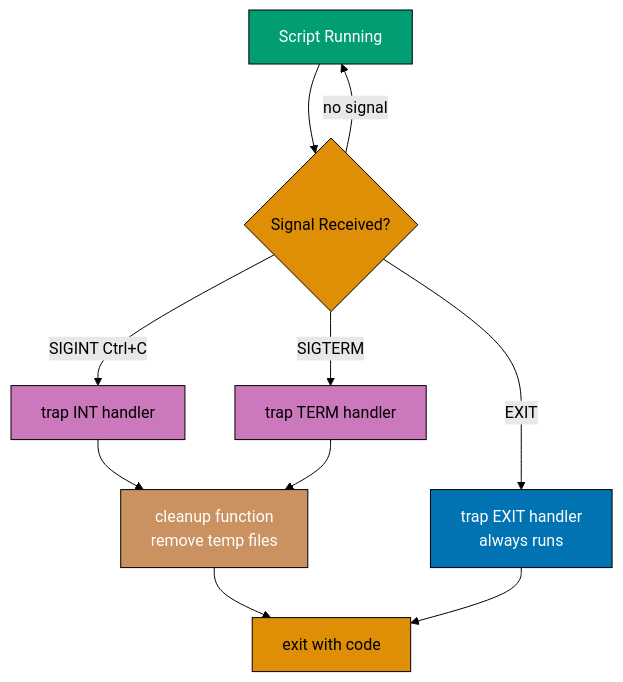
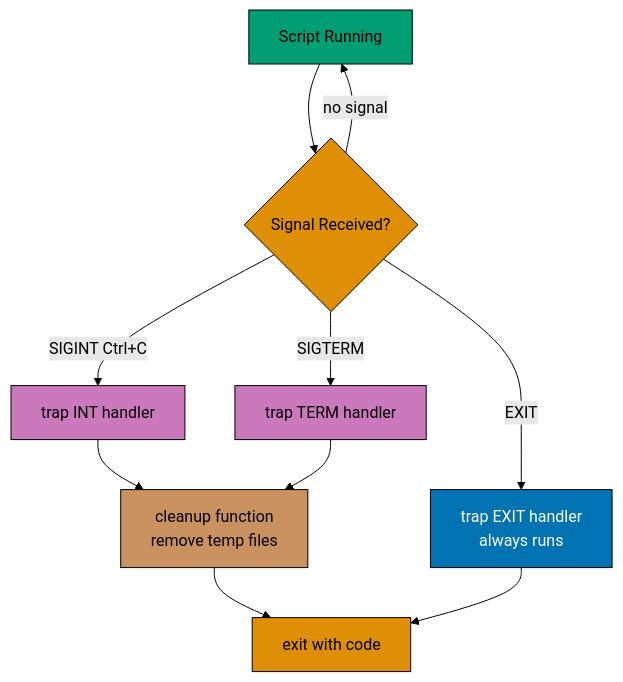
One commit to wahidyankf/ose-public changed the first of 4 diagrams in apps/ayokoding-www/content/en/learn/legacy/software-engineering/platforms/linux/tools/shell/by-example/advanced.md. Above: the diagram before and after it, drawn with Mermaid (forest theme). The commit also changed other lines of this file and 130 other files, not shown here.

First line of the commit message:
fix(mermaid): bring the legacy platforms diagrams onto the accessible palette

````diff
--- a/apps/ayokoding-www/content/en/learn/legacy/software-engineering/platforms/linux/tools/shell/by-example/advanced.md
+++ b/apps/ayokoding-www/content/en/learn/legacy/software-engineering/platforms/linux/tools/shell/by-example/advanced.md
@@ -79,21 +79,29 @@
 ```mermaid
 %% Color Palette: Blue #0173B2, Orange #DE8F05, Teal #029E73, Purple #CC78BC, Brown #CA9161
 graph TD
+    accTitle: Diagram
+    accDescr: Graph with 7 nodes and 9 connections. Nodes: Script Running, Signal Received?, trap INT handler, trap TERM handler, trap EXIT handler always runs, cleanup function remove temp files, exit with code. Connections: Script Running to Signal Received?, Signal Received? to trap INT handler (SIGINT Ctrl+C), Signal Received? to trap TERM handler (SIGTERM), Signal Received? to trap EXIT handler always runs (EXIT), trap INT handler to cleanup function remove temp files, trap TERM handler to cleanup function remove temp files, cleanup function remove temp files to exit with code, trap EXIT handler always runs to exit with code, Signal Received? to Script Running (no signal).
     A[Script Running] --> B{Signal Received?}
     B -->|SIGINT Ctrl+C| C[trap INT handler]
     B -->|SIGTERM| D[trap TERM handler]
     B -->|EXIT| E[trap EXIT handler<br/>always runs]
     C --> F[cleanup function<br/>remove temp files]
     D --> F
     F --> G[exit with code]
     E --> G
     B -->|no signal| A
 
-    style A fill:#029E73,stroke:#000,color:#fff
-    style B fill:#DE8F05,stroke:#000,color:#000
-    style C fill:#CC78BC,stroke:#000,color:#000
-    style D fill:#CC78BC,stroke:#000,color:#000
-    style E fill:#0173B2,stroke:#000,color:#fff
-    style F fill:#CA9161,stroke:#000,color:#fff
-    style G fill:#DE8F05,stroke:#000,color:#000
+    classDef pal-029E73 fill:#029E73,stroke:#000000,color:#000000
+    class A pal-029E73
+    classDef pal-DE8F05 fill:#DE8F05,stroke:#000000,color:#000000
+    class B pal-DE8F05
+    classDef pal-CC78BC fill:#CC78BC,stroke:#000000,color:#000000
+    class C pal-CC78BC
+    class D pal-CC78BC
+    classDef pal-0173B2 fill:#0173B2,stroke:#000000,color:#FFFFFF
+    class E pal-0173B2
+    classDef pal-CA9161 fill:#CA9161,stroke:#000000,color:#000000
+    class F pal-CA9161
+    class G pal-DE8F05
+    classDef default fill:#FFFFFF,stroke:#000000,color:#000000
 ```
````
